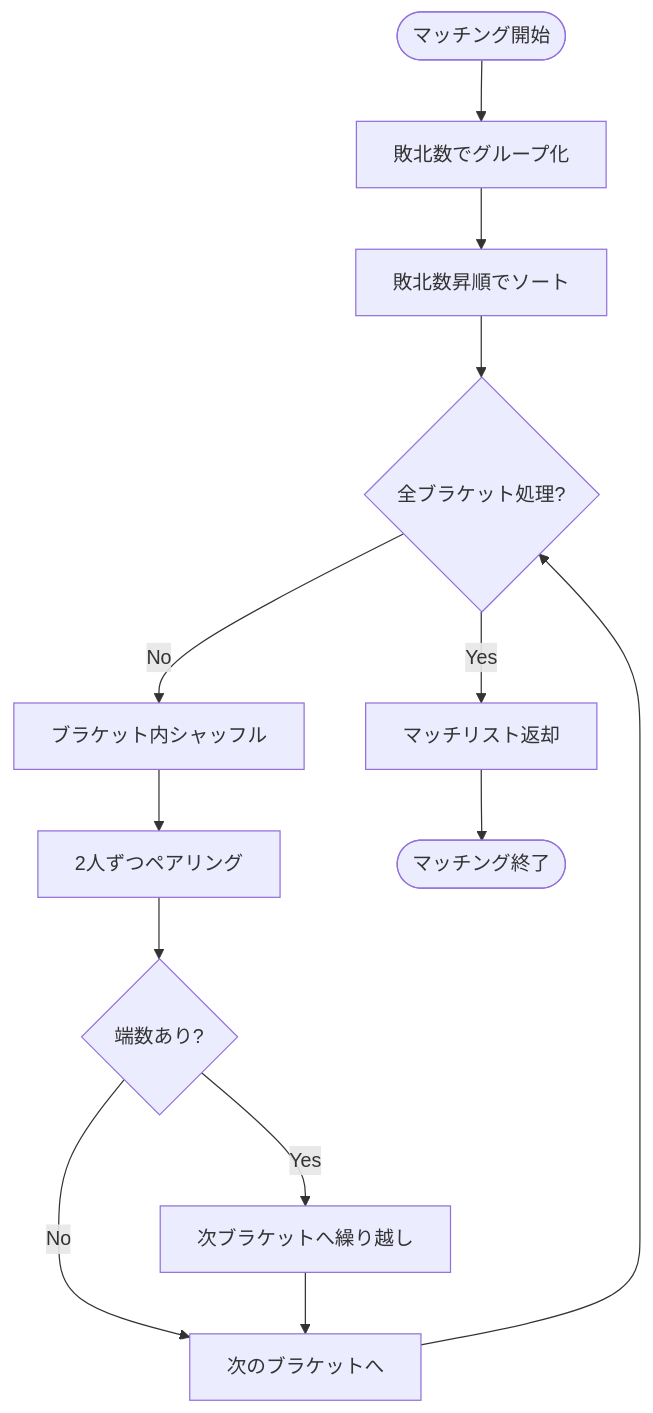
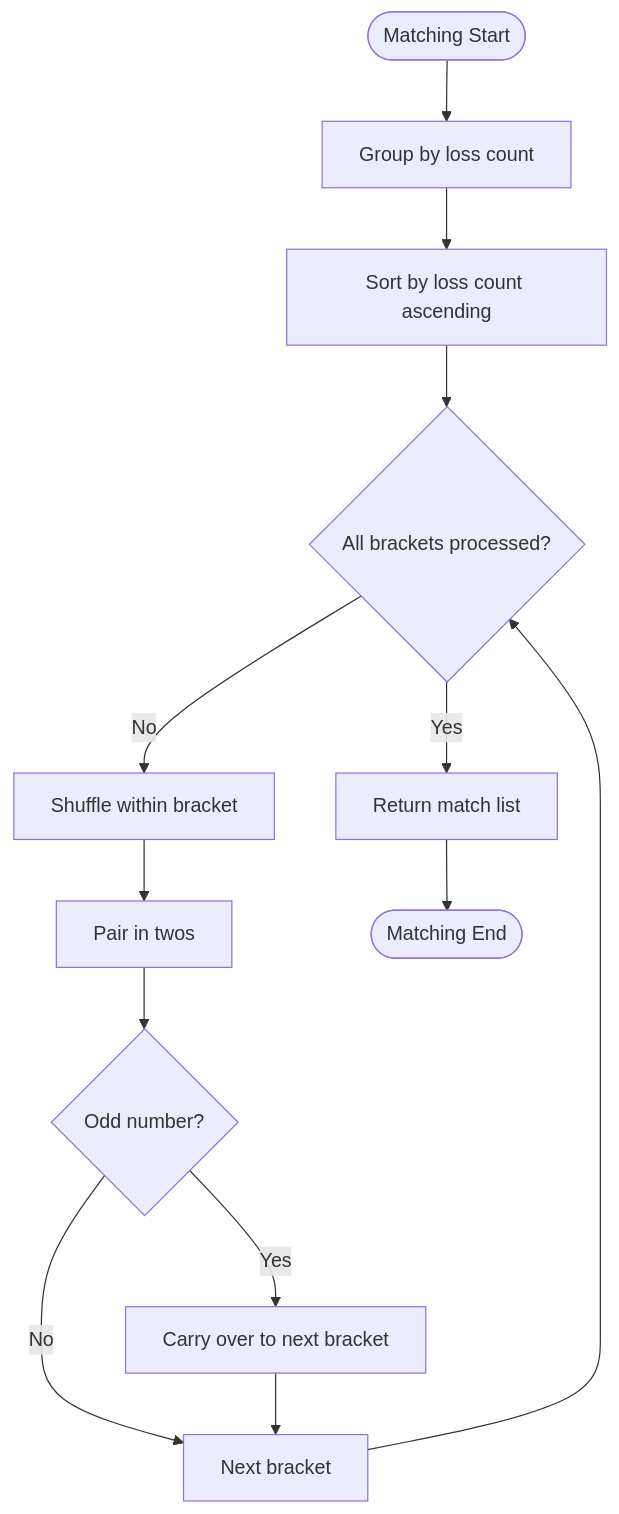
The seventh of 7 diagrams in docs/tournament.md (TomokiIshimine/llm-qualitative-sort), drawn with Mermaid before and after one commit. The commit also changed other lines of this file and 7 other files, not shown here.

````diff
--- a/docs/tournament.md
+++ b/docs/tournament.md
@@ -256,19 +258,19 @@
 ```mermaid
 flowchart TD
-    Start([マッチング開始]) --> Group[敗北数でグループ化]
-    Group --> Sort[敗北数昇順でソート]
-    Sort --> Loop{全ブラケット処理?}
+    Start([Matching Start]) --> Group[Group by loss count]
+    Group --> Sort[Sort by loss count ascending]
+    Sort --> Loop{All brackets processed?}
 
-    Loop -->|No| Shuffle[ブラケット内シャッフル]
-    Shuffle --> Pair[2人ずつペアリング]
-    Pair --> Odd{端数あり?}
+    Loop -->|No| Shuffle[Shuffle within bracket]
+    Shuffle --> Pair[Pair in twos]
+    Pair --> Odd{Odd number?}
 
-    Odd -->|Yes| Save[次ブラケットへ繰り越し]
-    Odd -->|No| Next[次のブラケットへ]
+    Odd -->|Yes| Save[Carry over to next bracket]
+    Odd -->|No| Next[Next bracket]
 
     Save --> Next
     Next --> Loop
 
-    Loop -->|Yes| Return[マッチリスト返却]
-    Return --> End([マッチング終了])
+    Loop -->|Yes| Return[Return match list]
+    Return --> End([Matching End])
 ```
````
